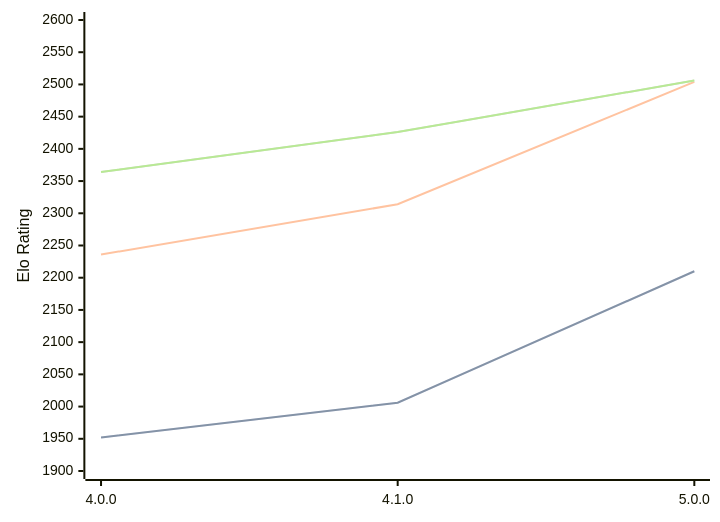
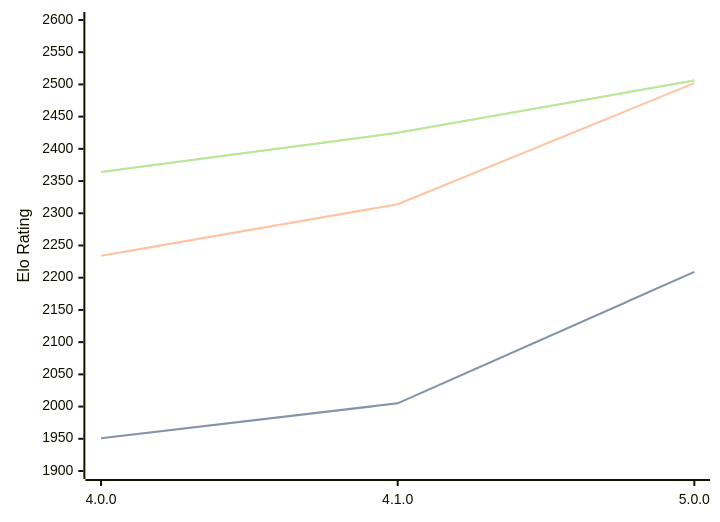
Before and after one commit to computer-chess-index/cci: the diagram in engines/Aconcagua.md, drawn with Mermaid. The commit also changed other lines of this file, not shown here.

Commit message:
Update CCI Ratings (ELO VLTC) - 2026-02-28

````diff
--- a/engines/Aconcagua.md
+++ b/engines/Aconcagua.md
@@ -40,11 +40,11 @@
 ```mermaid
 %%{init: {"theme":"base","themeVariables":{"seriesColors:['#a3a3a3','#222221','#faa371']}}}%%
 xychart-beta
   x-axis ["4.0.0", "4.1.0", "5.0.0"]
   y-axis "Elo Rating" 1900 --> 2600
-  line "STC (8.0+0.08s)" [1952, 2006, 2210]
-  line "STC (8.0+0.08s)" [1952, 2006, 2210]
-  line "LTC (60.0+0.60s)" [2236, 2314, 2504]
-  line "VLTC (2m24s+1.12s)" [2364, 2426, 2506]
-  line "VLTC (2m24s+1.12s)" [2364, 2426, 2506]
+  line "STC (8.0+0.08s)" [1951, 2005, 2209]
+  line "STC (8.0+0.08s)" [1951, 2005, 2209]
+  line "LTC (60.0+0.60s)" [2234, 2314, 2502]
+  line "VLTC (2m24s+1.12s)" [2364, 2425, 2506]
+  line "VLTC (2m24s+1.12s)" [2364, 2425, 2506]
 ```
````
